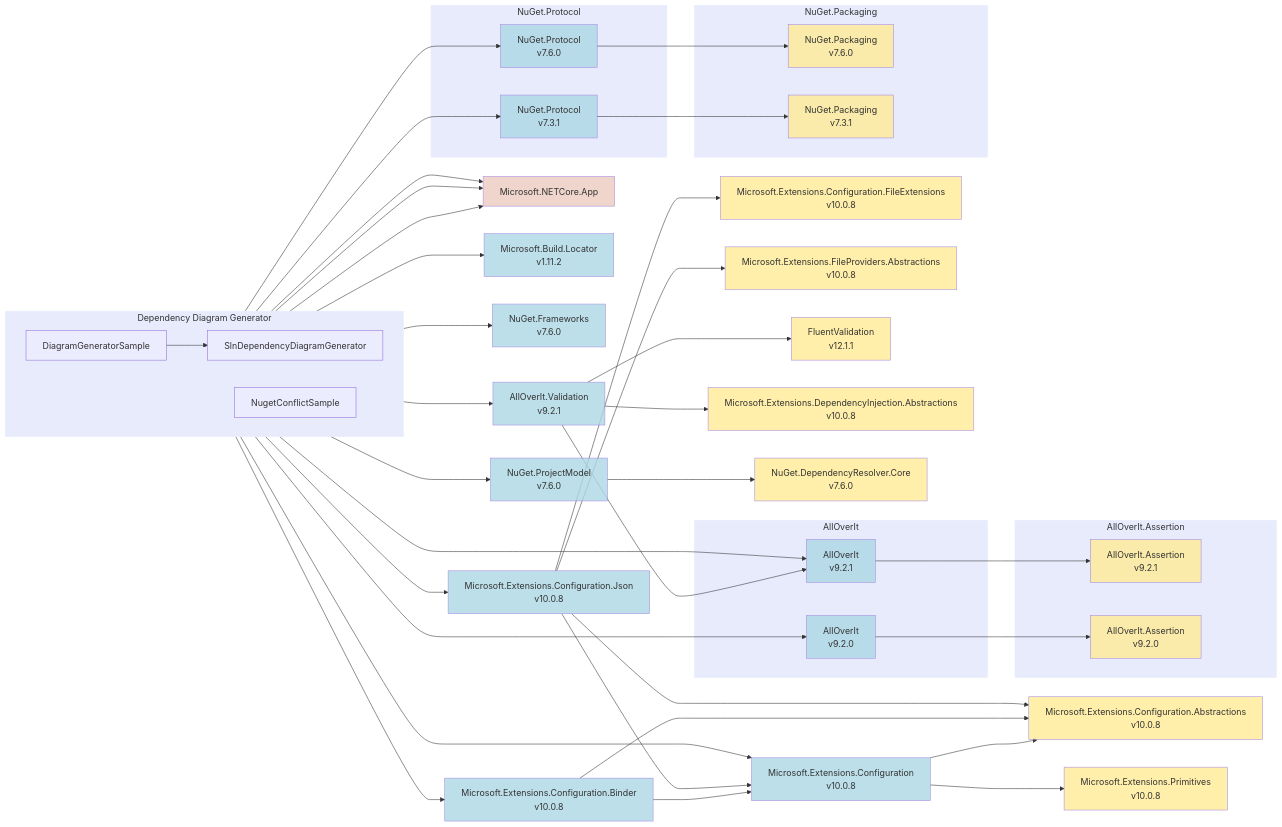
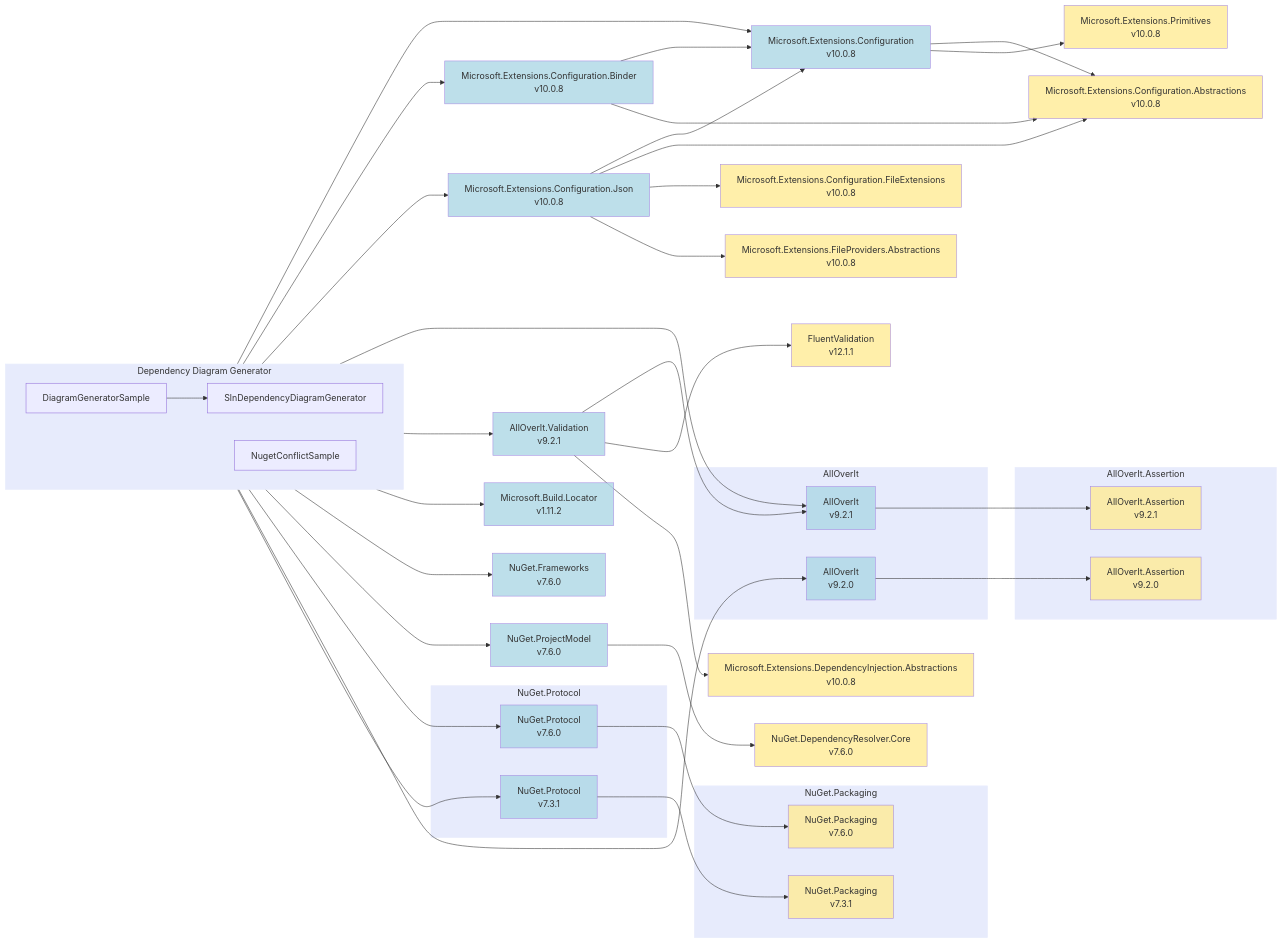
Before and after one commit to mjfreelancing/SlnDependencyDiagramGenerator: the diagram in Samples/Output/net10.0/mmd/dependency diagram generator-all.mmd, drawn with Mermaid. The commit also changed 73 other files, not shown here.

```diff
--- a/Samples/Output/net10.0/mmd/dependency diagram generator-all.mmd
+++ b/Samples/Output/net10.0/mmd/dependency diagram generator-all.mmd
@@ -1,97 +1,92 @@
 flowchart LR
   subgraph ddg["Dependency Diagram Generator"]
     direction LR
     ddg_diagramgeneratorsample["DiagramGeneratorSample"]
     ddg_slndependencydiagramgenerator["SlnDependencyDiagramGenerator"]
     ddg_nugetconflictsample["NugetConflictSample"]
   end
-  microsoft-netcore-app["Microsoft.NETCore.App"]
   microsoft-extensions-configuration_10-0-8["Microsoft.Extensions.Configuration<br>v10.0.8"]
   microsoft-extensions-configuration-abstractions_10-0-8["Microsoft.Extensions.Configuration.Abstractions<br>v10.0.8"]
   microsoft-extensions-primitives_10-0-8["Microsoft.Extensions.Primitives<br>v10.0.8"]
   microsoft-extensions-configuration-binder_10-0-8["Microsoft.Extensions.Configuration.Binder<br>v10.0.8"]
   microsoft-extensions-configuration-json_10-0-8["Microsoft.Extensions.Configuration.Json<br>v10.0.8"]
   microsoft-extensions-configuration-fileextensions_10-0-8["Microsoft.Extensions.Configuration.FileExtensions<br>v10.0.8"]
   microsoft-extensions-fileproviders-abstractions_10-0-8["Microsoft.Extensions.FileProviders.Abstractions<br>v10.0.8"]
   alloverit-validation_9-2-1["AllOverIt.Validation<br>v9.2.1"]
   fluentvalidation_12-1-1["FluentValidation<br>v12.1.1"]
   microsoft-extensions-dependencyinjection-abstractions_10-0-8["Microsoft.Extensions.DependencyInjection.Abstractions<br>v10.0.8"]
   microsoft-build-locator_1-11-2["Microsoft.Build.Locator<br>v1.11.2"]
   nuget-frameworks_7-6-0["NuGet.Frameworks<br>v7.6.0"]
   nuget-projectmodel_7-6-0["NuGet.ProjectModel<br>v7.6.0"]
   nuget-dependencyresolver-core_7-6-0["NuGet.DependencyResolver.Core<br>v7.6.0"]
   subgraph alloverit-group["AllOverIt"]
       alloverit-group_alloverit_9-2-1["AllOverIt<br>v9.2.1"]
       alloverit-group_alloverit_9-2-0["AllOverIt<br>v9.2.0"]
     end
   subgraph alloverit-assertion-group["AllOverIt.Assertion"]
       alloverit-assertion-group_alloverit-assertion_9-2-1["AllOverIt.Assertion<br>v9.2.1"]
       alloverit-assertion-group_alloverit-assertion_9-2-0["AllOverIt.Assertion<br>v9.2.0"]
     end
   subgraph nuget-protocol-group["NuGet.Protocol"]
       nuget-protocol-group_nuget-protocol_7-6-0["NuGet.Protocol<br>v7.6.0"]
       nuget-protocol-group_nuget-protocol_7-3-1["NuGet.Protocol<br>v7.3.1"]
     end
   subgraph nuget-packaging-group["NuGet.Packaging"]
       nuget-packaging-group_nuget-packaging_7-6-0["NuGet.Packaging<br>v7.6.0"]
       nuget-packaging-group_nuget-packaging_7-3-1["NuGet.Packaging<br>v7.3.1"]
     end
-  ddg_diagramgeneratorsample --> microsoft-netcore-app
   ddg_diagramgeneratorsample --> microsoft-extensions-configuration_10-0-8
   microsoft-extensions-configuration_10-0-8 --> microsoft-extensions-configuration-abstractions_10-0-8
   microsoft-extensions-configuration_10-0-8 --> microsoft-extensions-primitives_10-0-8
   ddg_diagramgeneratorsample --> microsoft-extensions-configuration-binder_10-0-8
   microsoft-extensions-configuration-binder_10-0-8 --> microsoft-extensions-configuration_10-0-8
   microsoft-extensions-configuration-binder_10-0-8 --> microsoft-extensions-configuration-abstractions_10-0-8
   ddg_diagramgeneratorsample --> microsoft-extensions-configuration-json_10-0-8
   microsoft-extensions-configuration-json_10-0-8 --> microsoft-extensions-configuration_10-0-8
   microsoft-extensions-configuration-json_10-0-8 --> microsoft-extensions-configuration-abstractions_10-0-8
   microsoft-extensions-configuration-json_10-0-8 --> microsoft-extensions-configuration-fileextensions_10-0-8
   microsoft-extensions-configuration-json_10-0-8 --> microsoft-extensions-fileproviders-abstractions_10-0-8
   ddg_diagramgeneratorsample --> ddg_slndependencydiagramgenerator
   ddg_slndependencydiagramgenerator --> alloverit-group_alloverit_9-2-1
   alloverit-group_alloverit_9-2-1 --> alloverit-assertion-group_alloverit-assertion_9-2-1
   ddg_slndependencydiagramgenerator --> alloverit-validation_9-2-1
   alloverit-validation_9-2-1 --> alloverit-group_alloverit_9-2-1
   alloverit-validation_9-2-1 --> fluentvalidation_12-1-1
   alloverit-validation_9-2-1 --> microsoft-extensions-dependencyinjection-abstractions_10-0-8
   ddg_slndependencydiagramgenerator --> microsoft-build-locator_1-11-2
   ddg_slndependencydiagramgenerator --> nuget-frameworks_7-6-0
   ddg_slndependencydiagramgenerator --> nuget-projectmodel_7-6-0
   nuget-projectmodel_7-6-0 --> nuget-dependencyresolver-core_7-6-0
   ddg_slndependencydiagramgenerator --> nuget-protocol-group_nuget-protocol_7-6-0
   nuget-protocol-group_nuget-protocol_7-6-0 --> nuget-packaging-group_nuget-packaging_7-6-0
-  ddg_slndependencydiagramgenerator --> microsoft-netcore-app
-  ddg_nugetconflictsample --> microsoft-netcore-app
   ddg_nugetconflictsample --> alloverit-group_alloverit_9-2-0
   alloverit-group_alloverit_9-2-0 --> alloverit-assertion-group_alloverit-assertion_9-2-0
   ddg_nugetconflictsample --> nuget-protocol-group_nuget-protocol_7-3-1
   nuget-protocol-group_nuget-protocol_7-3-1 --> nuget-packaging-group_nuget-packaging_7-3-1
   style ddg fill:#E7EBFC,stroke:#E7EBFC,stroke-width:1px,opacity:1
   style alloverit-group fill:#E7EBFC,stroke:#E7EBFC,stroke-width:1px,opacity:1
   style alloverit-assertion-group fill:#E7EBFC,stroke:#E7EBFC,stroke-width:1px,opacity:1
   style nuget-protocol-group fill:#E7EBFC,stroke:#E7EBFC,stroke-width:1px,opacity:1
   style nuget-packaging-group fill:#E7EBFC,stroke:#E7EBFC,stroke-width:1px,opacity:1
-  style microsoft-netcore-app fill:#ECCBC0,opacity:0.8
   style microsoft-extensions-configuration_10-0-8 fill:#ADD8E6,opacity:0.8
   style microsoft-extensions-configuration-abstractions_10-0-8 fill:#FFEC96,opacity:0.8
   style microsoft-extensions-primitives_10-0-8 fill:#FFEC96,opacity:0.8
   style microsoft-extensions-configuration-binder_10-0-8 fill:#ADD8E6,opacity:0.8
   style microsoft-extensions-configuration-json_10-0-8 fill:#ADD8E6,opacity:0.8
   style microsoft-extensions-configuration-fileextensions_10-0-8 fill:#FFEC96,opacity:0.8
   style microsoft-extensions-fileproviders-abstractions_10-0-8 fill:#FFEC96,opacity:0.8
   style alloverit-group_alloverit_9-2-1 fill:#ADD8E6,opacity:0.8
   style alloverit-assertion-group_alloverit-assertion_9-2-1 fill:#FFEC96,opacity:0.8
   style alloverit-validation_9-2-1 fill:#ADD8E6,opacity:0.8
   style fluentvalidation_12-1-1 fill:#FFEC96,opacity:0.8
   style microsoft-extensions-dependencyinjection-abstractions_10-0-8 fill:#FFEC96,opacity:0.8
   style microsoft-build-locator_1-11-2 fill:#ADD8E6,opacity:0.8
   style nuget-frameworks_7-6-0 fill:#ADD8E6,opacity:0.8
   style nuget-projectmodel_7-6-0 fill:#ADD8E6,opacity:0.8
   style nuget-dependencyresolver-core_7-6-0 fill:#FFEC96,opacity:0.8
   style nuget-protocol-group_nuget-protocol_7-6-0 fill:#ADD8E6,opacity:0.8
   style nuget-packaging-group_nuget-packaging_7-6-0 fill:#FFEC96,opacity:0.8
   style alloverit-group_alloverit_9-2-0 fill:#ADD8E6,opacity:0.8
   style alloverit-assertion-group_alloverit-assertion_9-2-0 fill:#FFEC96,opacity:0.8
   style nuget-protocol-group_nuget-protocol_7-3-1 fill:#ADD8E6,opacity:0.8
   style nuget-packaging-group_nuget-packaging_7-3-1 fill:#FFEC96,opacity:0.8
```
